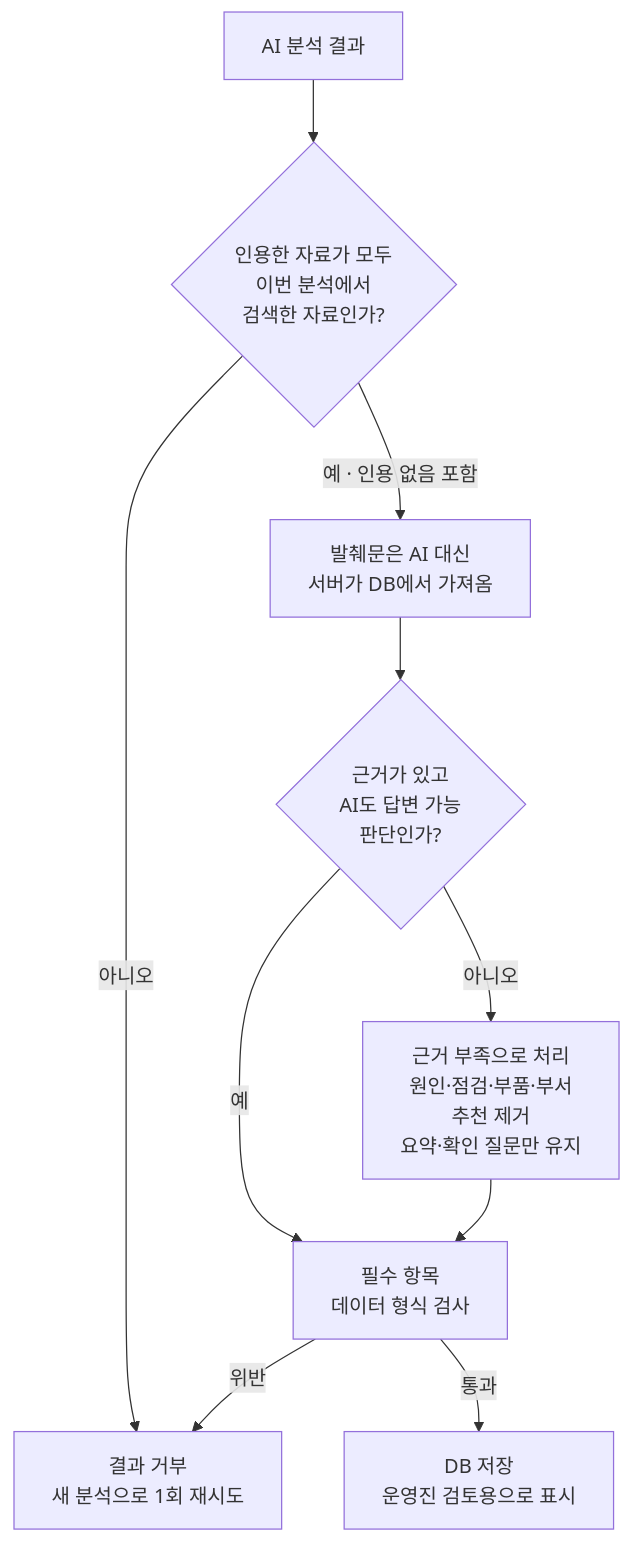
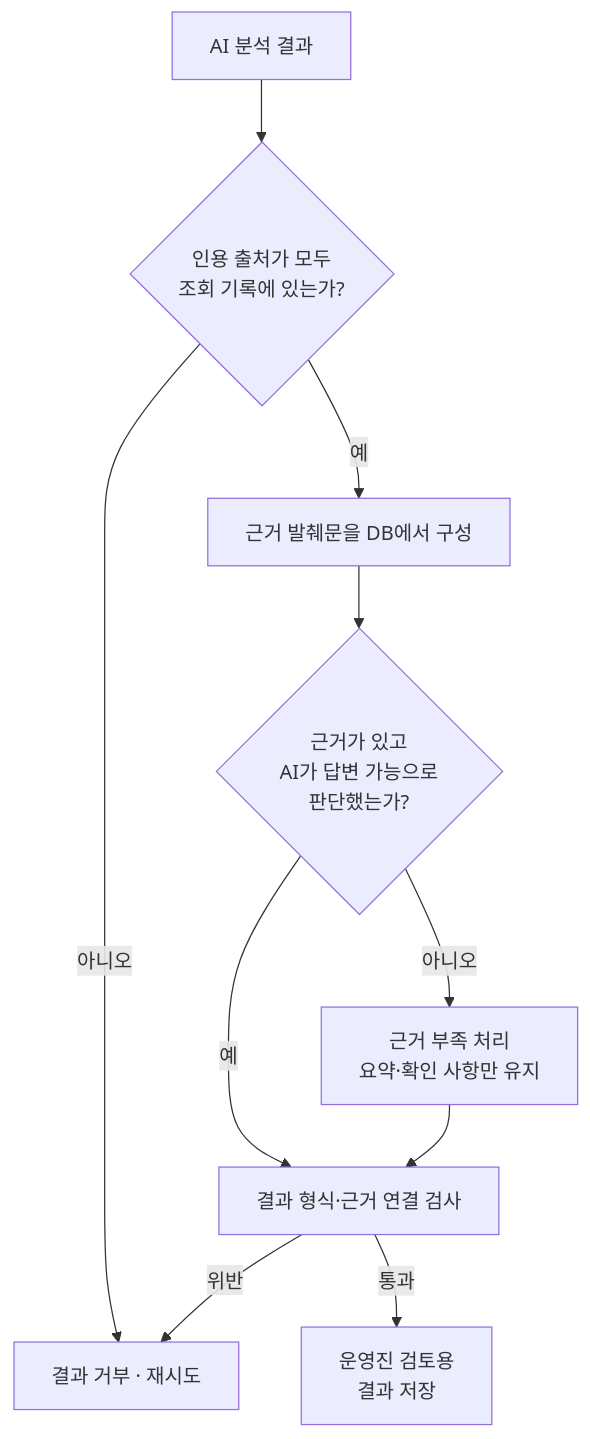
Before and after one commit to lgd12345/M2-1_codyssey_Final_Project: the fourth of 6 diagrams in README.md, drawn with Mermaid. The commit also changed other lines of this file and 37 other files, not shown here.

````diff
--- a/README.md
+++ b/README.md
@@ -354,12 +243,12 @@
 ```mermaid
 flowchart TD
-    O["AI 분석 결과"] --> S{"인용한 자료가 모두<br/>이번 분석에서<br/>검색한 자료인가?"}
-    S -- 아니오 --> X["결과 거부<br/>새 분석으로 1회 재시도"]
-    S -- "예 · 인용 없음 포함" --> E["발췌문은 AI 대신<br/>서버가 DB에서 가져옴"]
-    E --> A{"근거가 있고<br/>AI도 답변 가능<br/>판단인가?"}
-    A -- 예 --> P["필수 항목<br/>데이터 형식 검사"]
-    A -- 아니오 --> C["근거 부족으로 처리<br/>원인·점검·부품·부서<br/>추천 제거<br/>요약·확인 질문만 유지"]
+    O["AI 분석 결과"] --> S{"인용 출처가 모두<br/>조회 기록에 있는가?"}
+    S -- 아니오 --> X["결과 거부 · 재시도"]
+    S -- 예 --> E["근거 발췌문을 DB에서 구성"]
+    E --> A{"근거가 있고<br/>AI가 답변 가능으로<br/>판단했는가?"}
+    A -- 예 --> P["결과 형식·근거 연결 검사"]
+    A -- 아니오 --> C["근거 부족 처리<br/>요약·확인 사항만 유지"]
     C --> P
+    P -- 통과 --> OK["운영진 검토용<br/>결과 저장"]
     P -- 위반 --> X
-    P -- 통과 --> OK["DB 저장<br/>운영진 검토용으로 표시"]
 ```
````
